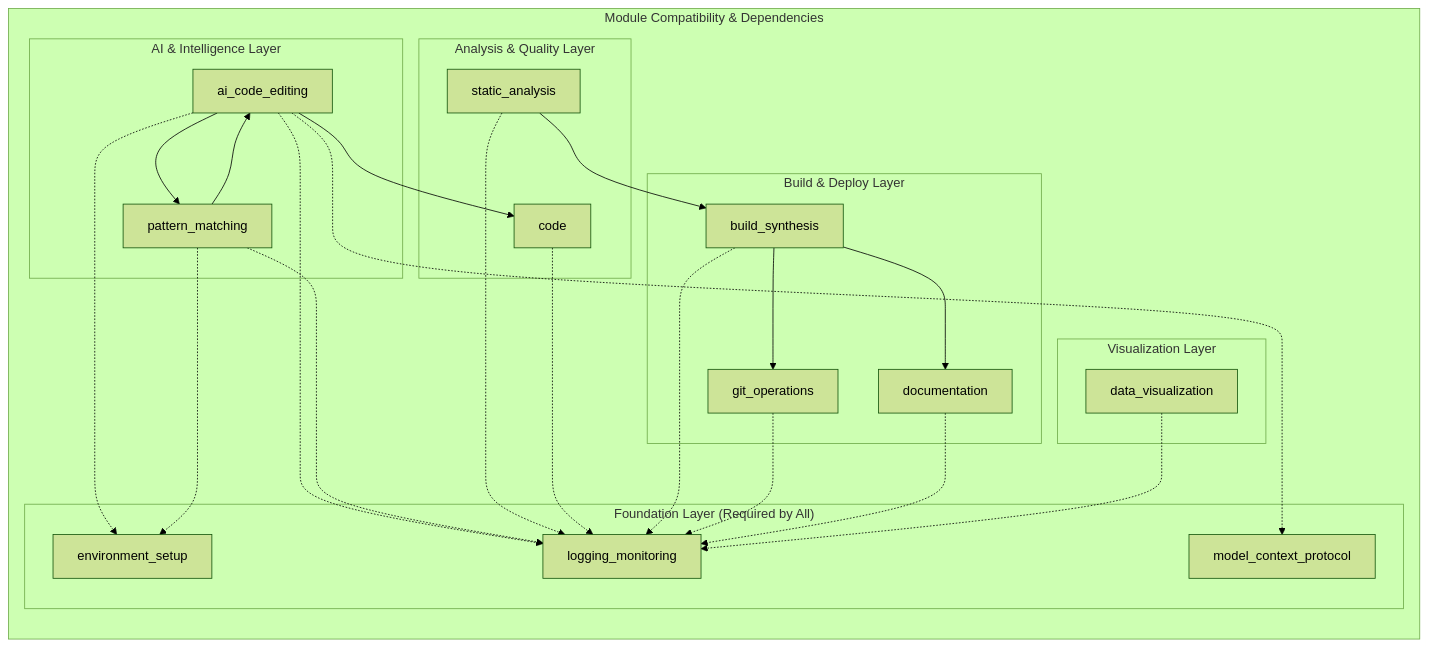
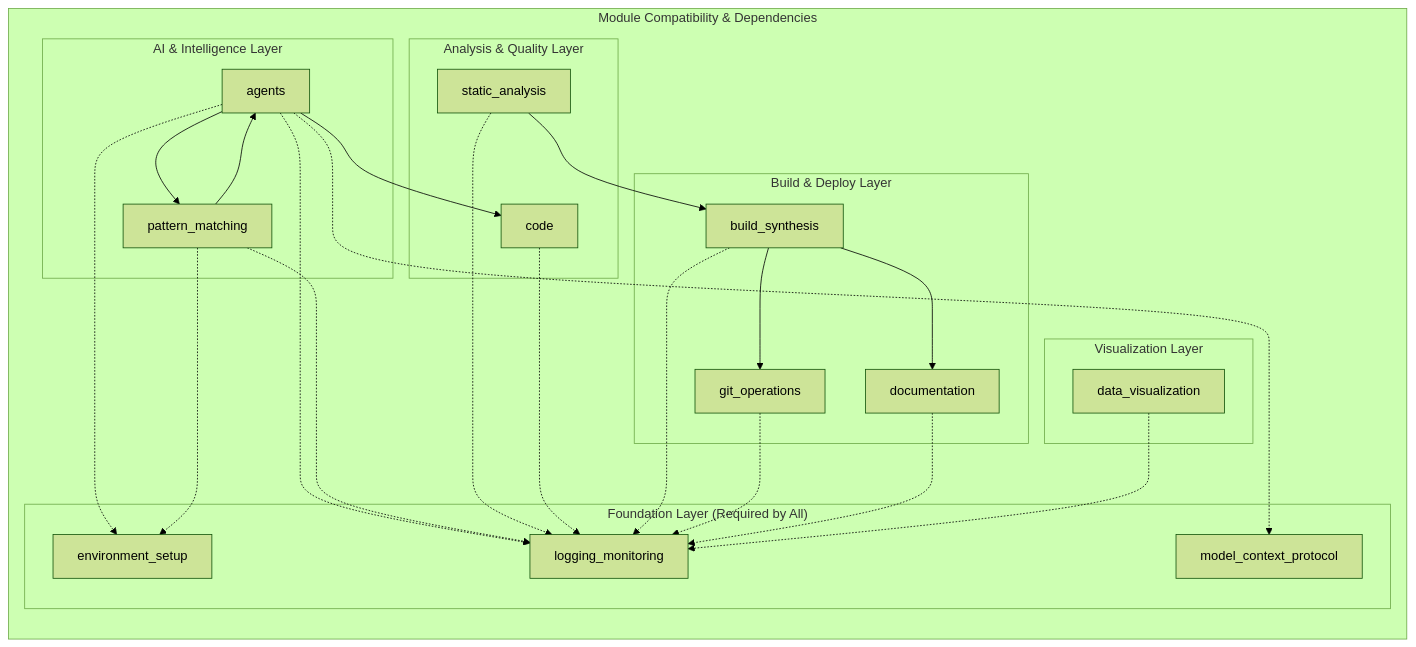
The third of 3 diagrams in docs/modules/relationships.md (docxology/codomyrmex), drawn with Mermaid (forest theme) before and after one commit. The commit also changed other lines of this file and 282 other files, not shown here.

````diff
--- a/docs/modules/relationships.md
+++ b/docs/modules/relationships.md
@@ -312,55 +338,55 @@
 ```mermaid
 graph LR
     subgraph "Module Compatibility & Dependencies"
         subgraph "Foundation Layer (Required by All)"
             ENV["environment_setup"]
             LOG["logging_monitoring"]
             MCP["model_context_protocol"]
         end
 
         subgraph "AI & Intelligence Layer"
-            AI["ai_code_editing"]
+            AI["agents"]
             PATTERN["pattern_matching"]
         end
 
         subgraph "Analysis & Quality Layer"
             STATIC["static_analysis"]
             EXEC["code"]
         end
 
         subgraph "Build & Deploy Layer"
             BUILD["build_synthesis"]
             GIT["git_operations"]
             DOCS["documentation"]
         end
 
         subgraph "Visualization Layer"
             VIZ["data_visualization"]
         end
     end
 
     %% Foundation dependencies (dotted lines)
     AI -.-> ENV
     AI -.-> LOG
     AI -.-> MCP
 
     PATTERN -.-> ENV
     PATTERN -.-> LOG
 
     STATIC -.-> LOG
     EXEC -.-> LOG
 
     BUILD -.-> LOG
     GIT -.-> LOG
     DOCS -.-> LOG
 
     VIZ -.-> LOG
 
     %% Functional dependencies (solid lines)
     AI --> EXEC
     AI --> PATTERN
     STATIC --> BUILD
     BUILD --> GIT
     BUILD --> DOCS
     PATTERN --> AI
 ```
````
